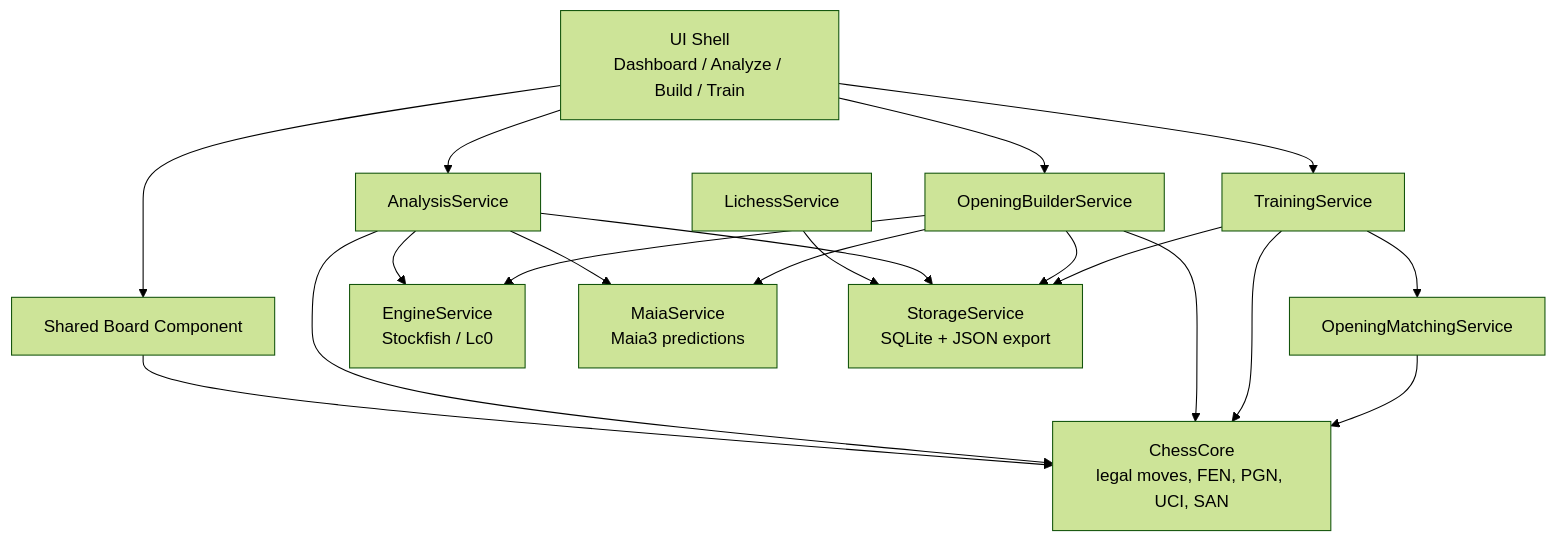
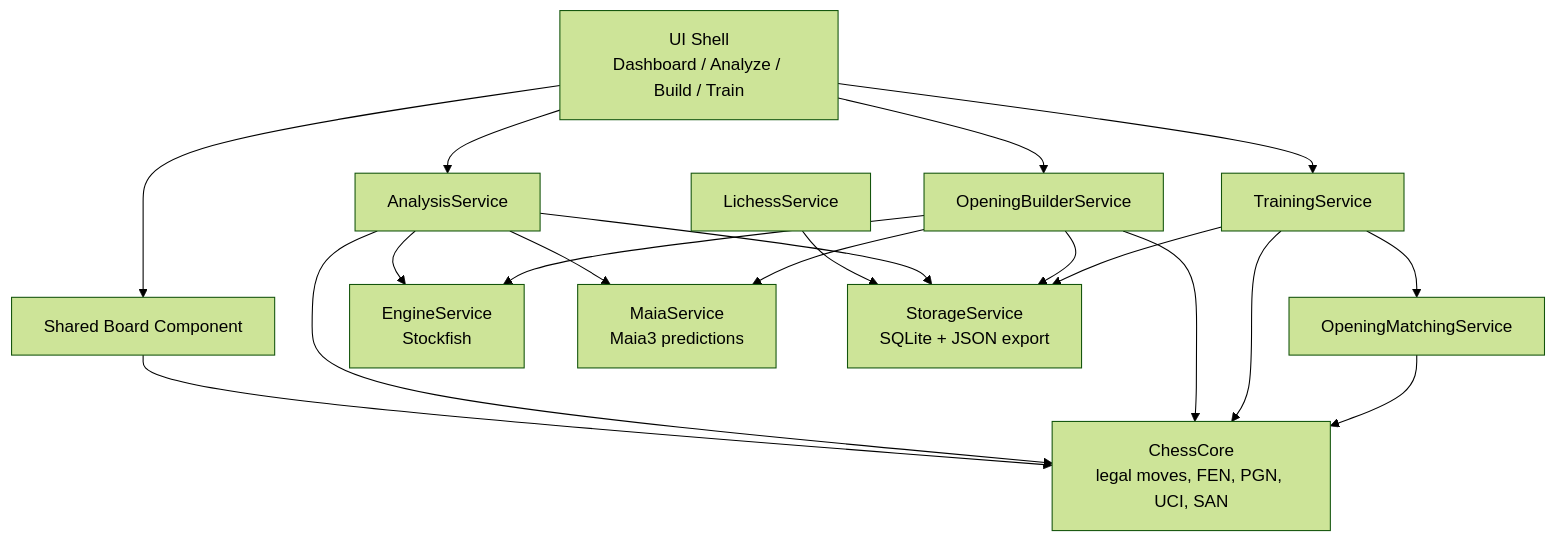
Before and after one commit to unloke/prepforge: the diagram in docs/ARCHITECTURE.md, drawn with Mermaid (forest theme). The commit also changed other lines of this file and 63 other files, not shown here.

````diff
--- a/docs/ARCHITECTURE.md
+++ b/docs/ARCHITECTURE.md
@@ -17,33 +17,33 @@
 ```mermaid
 flowchart TB
     UI["UI Shell\nDashboard / Analyze / Build / Train"]
     Board["Shared Board Component"]
     Core["ChessCore\nlegal moves, FEN, PGN, UCI, SAN"]
     Analysis["AnalysisService"]
     Builder["OpeningBuilderService"]
     Trainer["TrainingService"]
     Match["OpeningMatchingService"]
-    Engines["EngineService\nStockfish / Lc0"]
+    Engines["EngineService\nStockfish"]
     Maia["MaiaService\nMaia3 predictions"]
     Lichess["LichessService"]
     Storage["StorageService\nSQLite + JSON export"]
 
     UI --> Board
     Board --> Core
     UI --> Analysis
     UI --> Builder
     UI --> Trainer
     Analysis --> Core
     Builder --> Core
     Trainer --> Core
     Match --> Core
     Analysis --> Engines
     Analysis --> Maia
     Builder --> Engines
     Builder --> Maia
     Trainer --> Match
     Lichess --> Storage
     Analysis --> Storage
     Builder --> Storage
     Trainer --> Storage
 ```
````
